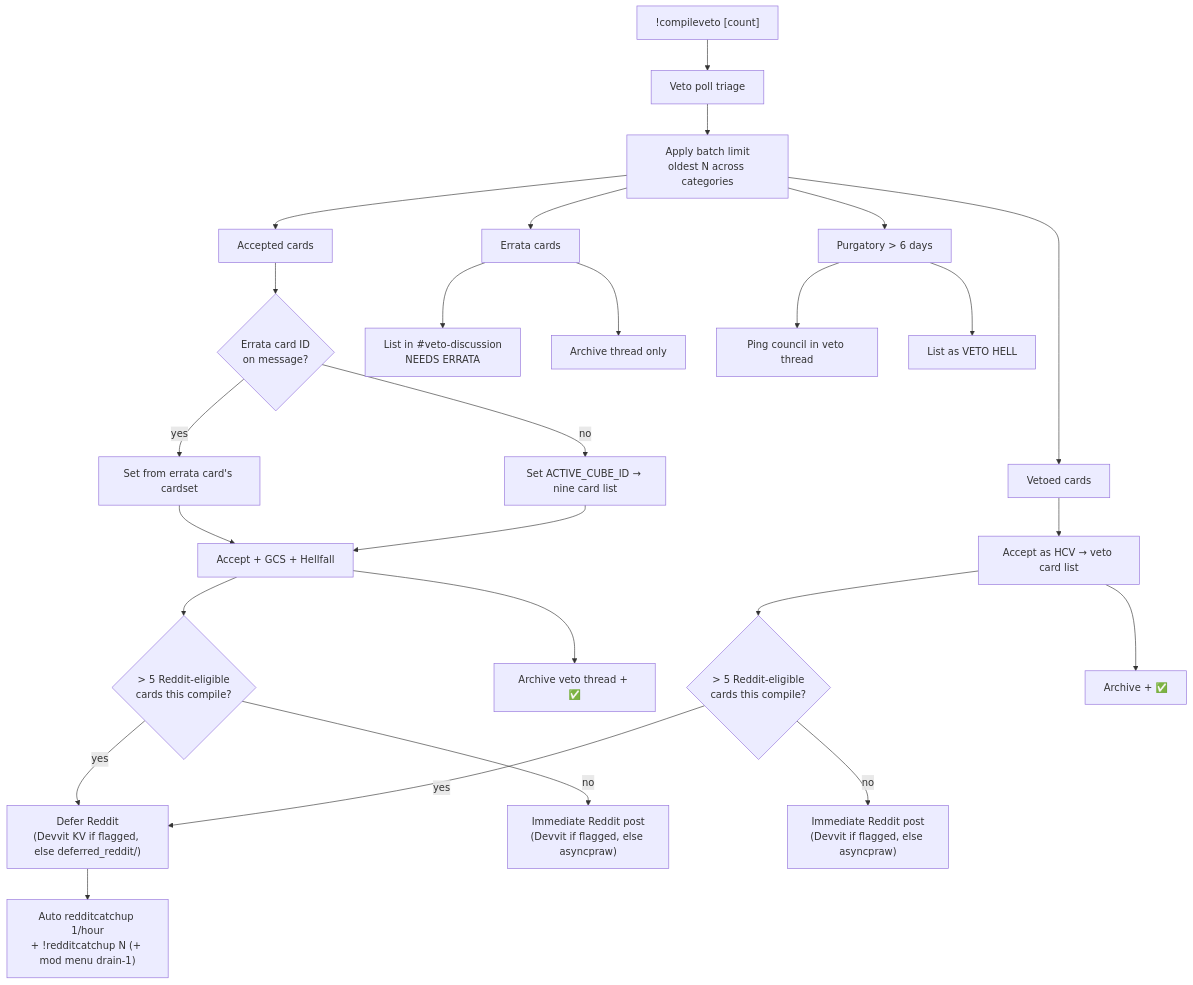
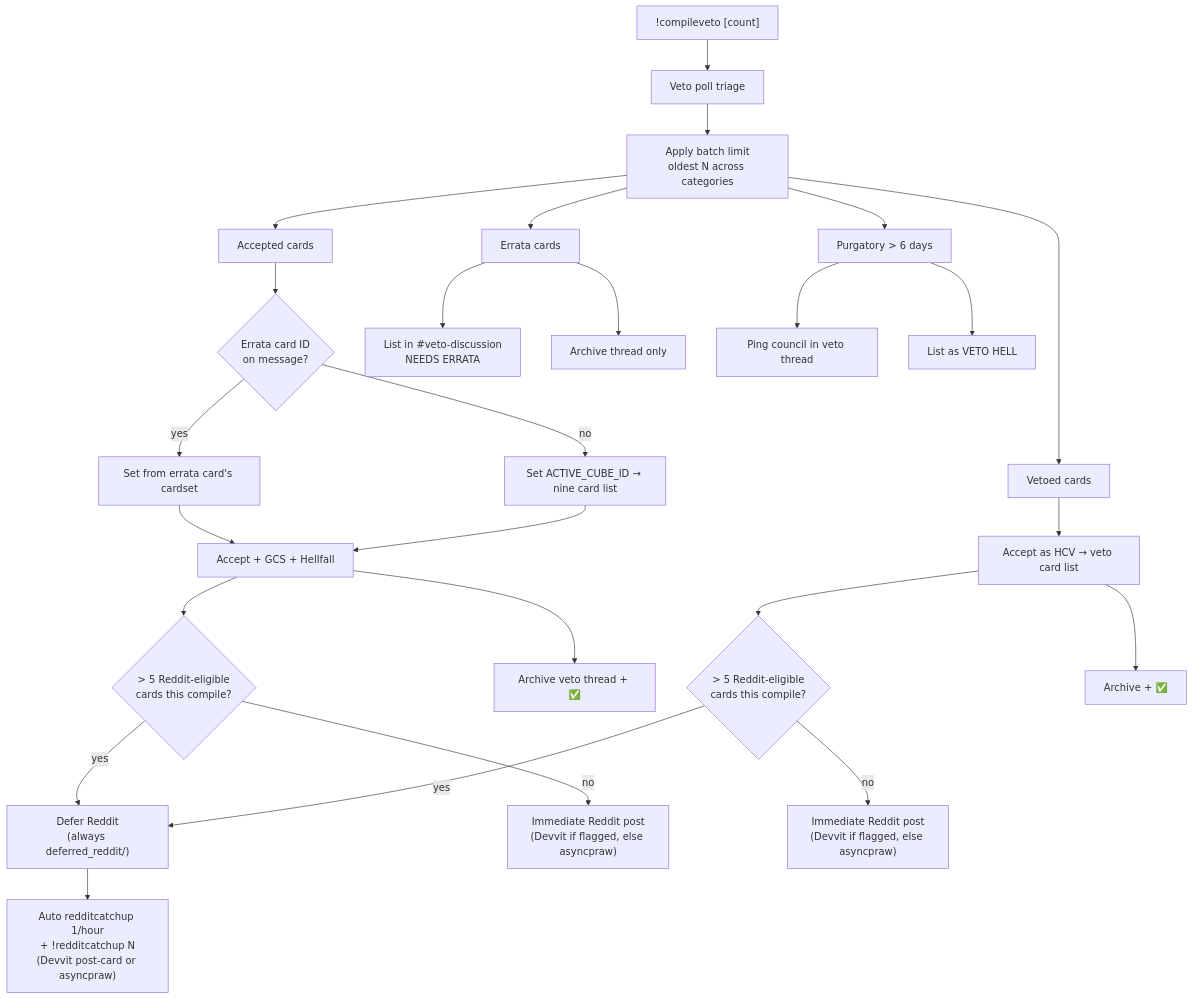
The fifth of 6 diagrams in docs/card-flows/veto.md (bones-bones/mork), drawn with Mermaid before and after one commit. The commit also changed 13 other files, not shown here.

First line of the commit message:
Keep deferred backlog on Mork; use Devvit only for catchup posts. (#181)

````diff
--- a/docs/card-flows/veto.md
+++ b/docs/card-flows/veto.md
@@ -101,33 +101,33 @@
 ```mermaid
 flowchart TD
   CMD["!compileveto [count]"] --> TRI["Veto poll triage"]
   TRI --> LIM["Apply batch limit<br/>oldest N across categories"]
 
   LIM --> ACC["Accepted cards"]
   ACC --> AC1{"Errata card ID<br/>on message?"}
   AC1 -->|yes| SET1["Set from errata card's cardset"]
   AC1 -->|no| SET2["Set ACTIVE_CUBE_ID → nine card list"]
   SET1 --> AC1B["Accept + GCS + Hellfall"]
   SET2 --> AC1B
   AC1B --> RD1{"> 5 Reddit-eligible<br/>cards this compile?"}
-  RD1 -->|yes| DEF["Defer Reddit<br/>(Devvit KV if flagged, else deferred_reddit/)"]
+  RD1 -->|yes| DEF["Defer Reddit<br/>(always deferred_reddit/)"]
   RD1 -->|no| RED1["Immediate Reddit post<br/>(Devvit if flagged, else asyncpraw)"]
   AC1B --> ARC1["Archive veto thread + ✅"]
 
   LIM --> VET["Vetoed cards"]
   VET --> AC2["Accept as HCV → veto card list"]
   AC2 --> RD2{"> 5 Reddit-eligible<br/>cards this compile?"}
   RD2 -->|yes| DEF
   RD2 -->|no| RED2["Immediate Reddit post<br/>(Devvit if flagged, else asyncpraw)"]
   AC2 --> ARC2["Archive + ✅"]
 
   LIM --> ERR["Errata cards"]
   ERR --> LIST["List in #veto-discussion<br/>NEEDS ERRATA"]
   ERR --> ARC3["Archive thread only"]
 
   LIM --> PUR["Purgatory > 6 days"]
   PUR --> PING["Ping council in veto thread"]
   PUR --> HELL["List as VETO HELL"]
 
-  DEF --> CATCH["Auto redditcatchup 1/hour<br/>+ !redditcatchup N (+ mod menu drain-1)"]
+  DEF --> CATCH["Auto redditcatchup 1/hour<br/>+ !redditcatchup N<br/>(Devvit post-card or asyncpraw)"]
 ```
````
